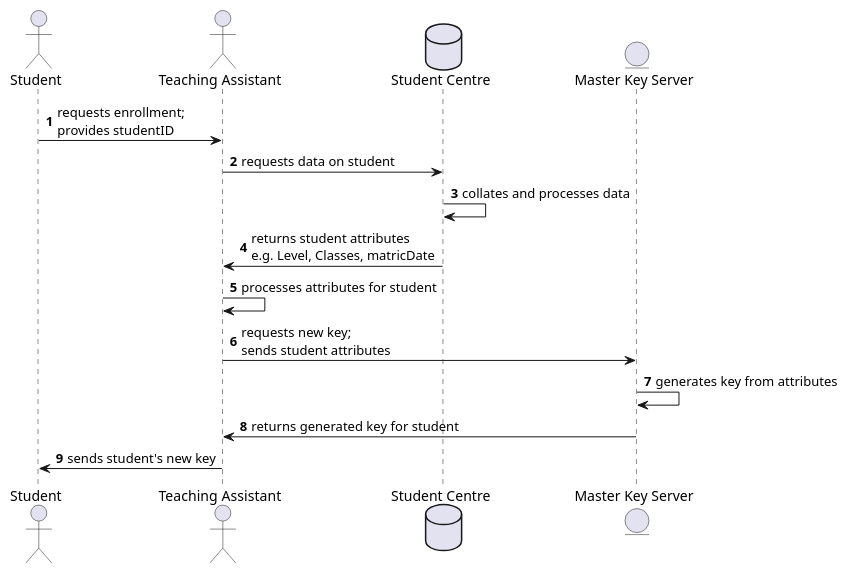
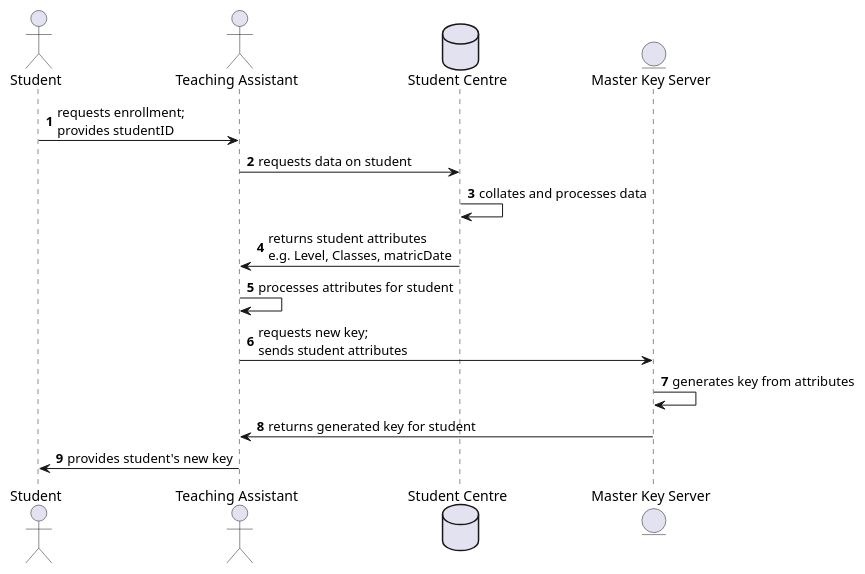
Before and after one commit to 2190594W/l4-project-research: the diagram in diagrams/flow_of_info/enrollment_stu_sequence.plantuml, drawn with PlantUML. The commit also changed 19 other files, not shown here.

Commit message:
Updated flow of info diagrams. Added eps & pdf formats as outputs.

```diff
--- a/diagrams/flow_of_info/enrollment_stu_sequence.plantuml
+++ b/diagrams/flow_of_info/enrollment_stu_sequence.plantuml
@@ -1,16 +1,16 @@
 @startuml
 autonumber
 actor Student
 actor "Teaching Assistant"
 database "Student Centre"
 entity "Master Key Server"
 Student -> "Teaching Assistant": requests enrollment;\nprovides studentID
 "Teaching Assistant" -> "Student Centre": requests data on student
 "Student Centre" -> "Student Centre": collates and processes data
 "Student Centre" -> "Teaching Assistant": returns student attributes\ne.g. Level, Classes, matricDate
 "Teaching Assistant" -> "Teaching Assistant": processes attributes for student
 "Teaching Assistant" -> "Master Key Server": requests new key;\nsends student attributes
 "Master Key Server" -> "Master Key Server": generates key from attributes
 "Master Key Server" -> "Teaching Assistant": returns generated key for student
-"Teaching Assistant" -> Student: sends student's new key
+"Teaching Assistant" -> Student: provides student's new key
 @enduml
```
